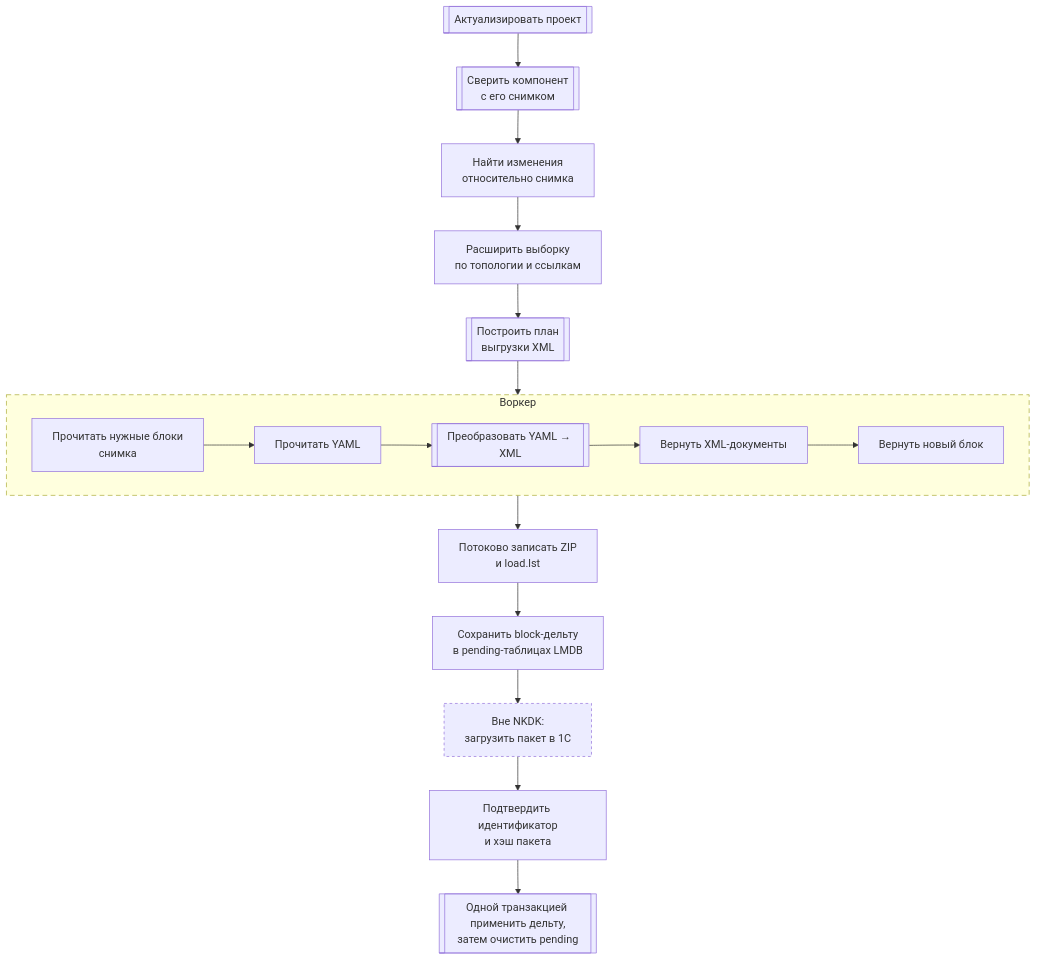
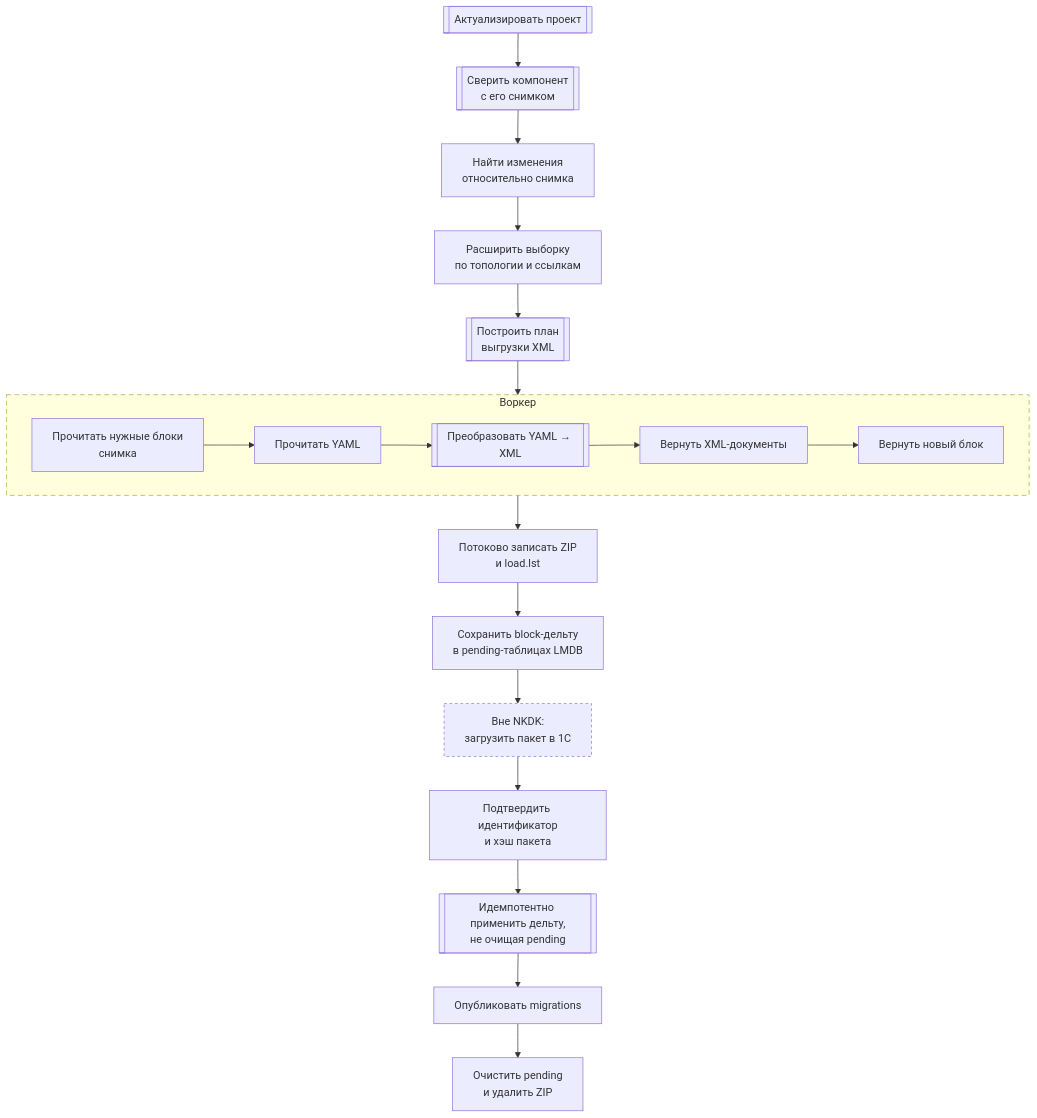
The ninth of 11 diagrams in .agents/architecture.md (crimsongoldteam/nkdk), drawn with Mermaid before and after one commit. The commit also changed other lines of this file and 1 other file, not shown here.

````diff
--- a/.agents/architecture.md
+++ b/.agents/architecture.md
@@ -297,23 +298,25 @@
 ```mermaid
 flowchart TD
   validate[["Актуализировать проект"]]
   target[["Сверить компонент<br/>с его снимком"]]
   changes["Найти изменения<br/>относительно снимка"]
   impact["Расширить выборку<br/>по топологии и ссылкам"]
   plan[["Построить план<br/>выгрузки XML"]]
 
   subgraph partialSyncJob["Воркер"]
     direction LR
     readBlocks["Прочитать нужные блоки<br/>снимка"] --> readYaml["Прочитать YAML"] --> toXml[["Преобразовать YAML → XML"]] --> document["Вернуть XML-документы"] --> fragment["Вернуть новый блок"]
   end
 
   archive["Потоково записать ZIP<br/>и load.lst"]
   pending["Сохранить block-дельту<br/>в pending-таблицах LMDB"]
   load["Вне NKDK:<br/>загрузить пакет в 1С"]
   confirm["Подтвердить идентификатор<br/>и хэш пакета"]
-  publish[["Одной транзакцией применить дельту,<br/>затем очистить pending"]]
+  apply[["Идемпотентно применить дельту,<br/>не очищая pending"]]
+  migrations["Опубликовать migrations"]
+  cleanup["Очистить pending<br/>и удалить ZIP"]
 
-  validate --> target --> changes --> impact --> plan --> partialSyncJob --> archive --> pending --> load --> confirm --> publish
+  validate --> target --> changes --> impact --> plan --> partialSyncJob --> archive --> pending --> load --> confirm --> apply --> migrations --> cleanup
   style partialSyncJob stroke-dasharray: 7 5
   style load stroke-dasharray: 4 4
 ```
````
